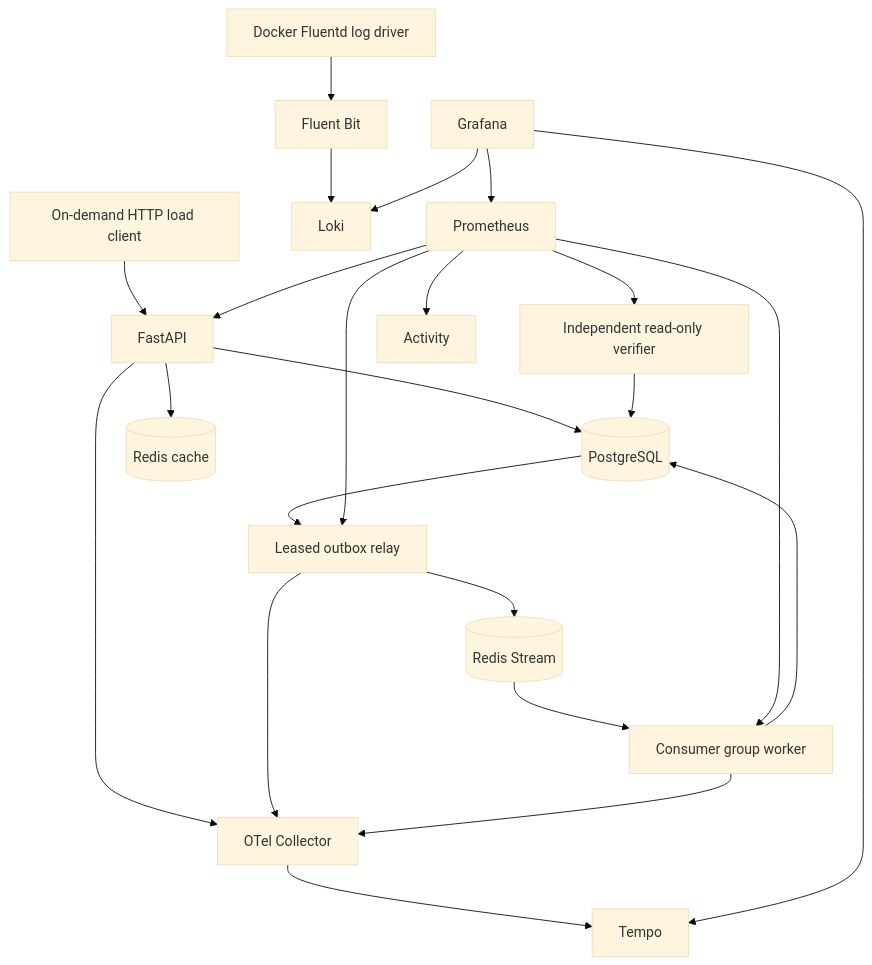
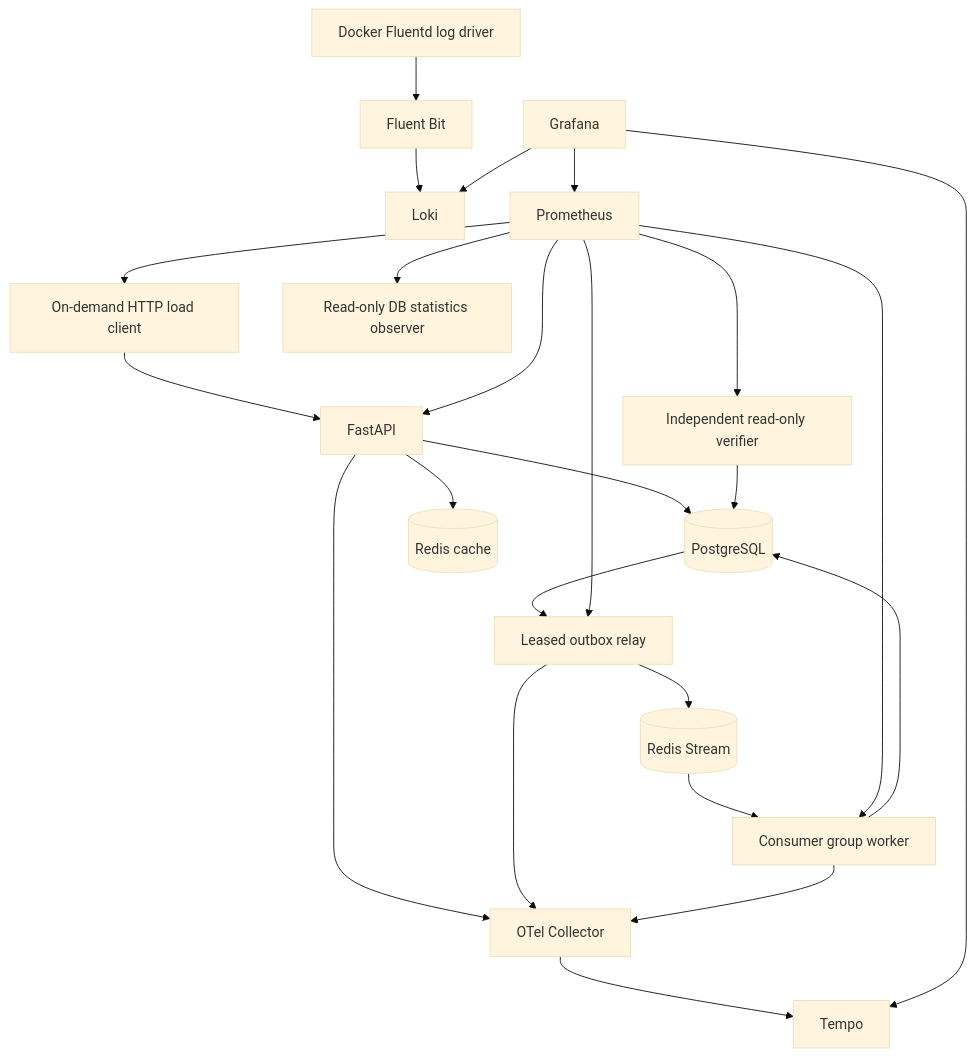
Before and after one commit to pain459/FLOW: the diagram in docs/architecture.md, drawn with Mermaid (base theme). The commit also changed other lines of this file and 182 other files, not shown here.

````diff
--- a/docs/architecture.md
+++ b/docs/architecture.md
@@ -5,25 +5,26 @@
 ```mermaid
 flowchart TD
   Locust[On-demand HTTP load client] --> API[FastAPI]
   API --> PG[(PostgreSQL)]
   API --> Cache[(Redis cache)]
   PG --> Relay[Leased outbox relay]
   Relay --> Stream[(Redis Stream)]
   Stream --> Worker[Consumer group worker]
   Worker --> PG
   Verify[Independent read-only verifier] --> PG
   API --> OTEL[OTel Collector]
   Relay --> OTEL
   Worker --> OTEL
   OTEL --> Tempo
   Docker[Docker Fluentd log driver] --> FluentBit[Fluent Bit]
   FluentBit --> Loki
   Prometheus --> API
   Prometheus --> Relay
   Prometheus --> Worker
-  Prometheus --> Activity
+  Prometheus --> Locust
+  Prometheus --> DBObserver[Read-only DB statistics observer]
   Prometheus --> Verify
   Grafana --> Prometheus
   Grafana --> Loki
   Grafana --> Tempo
 ```
````
